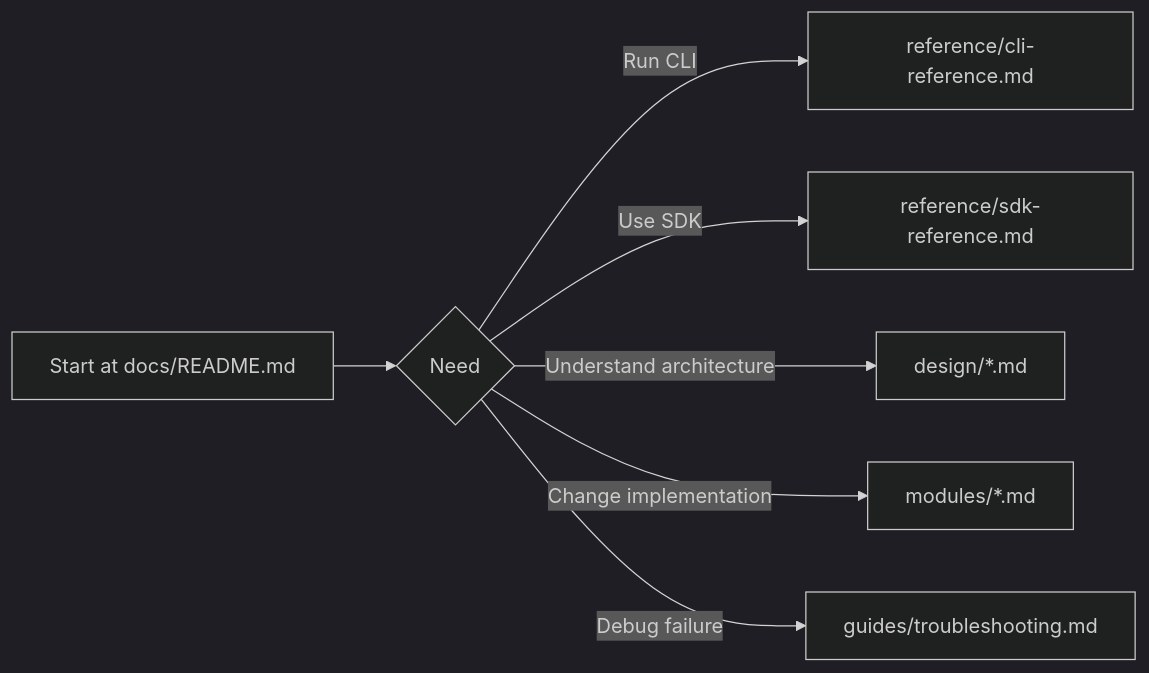
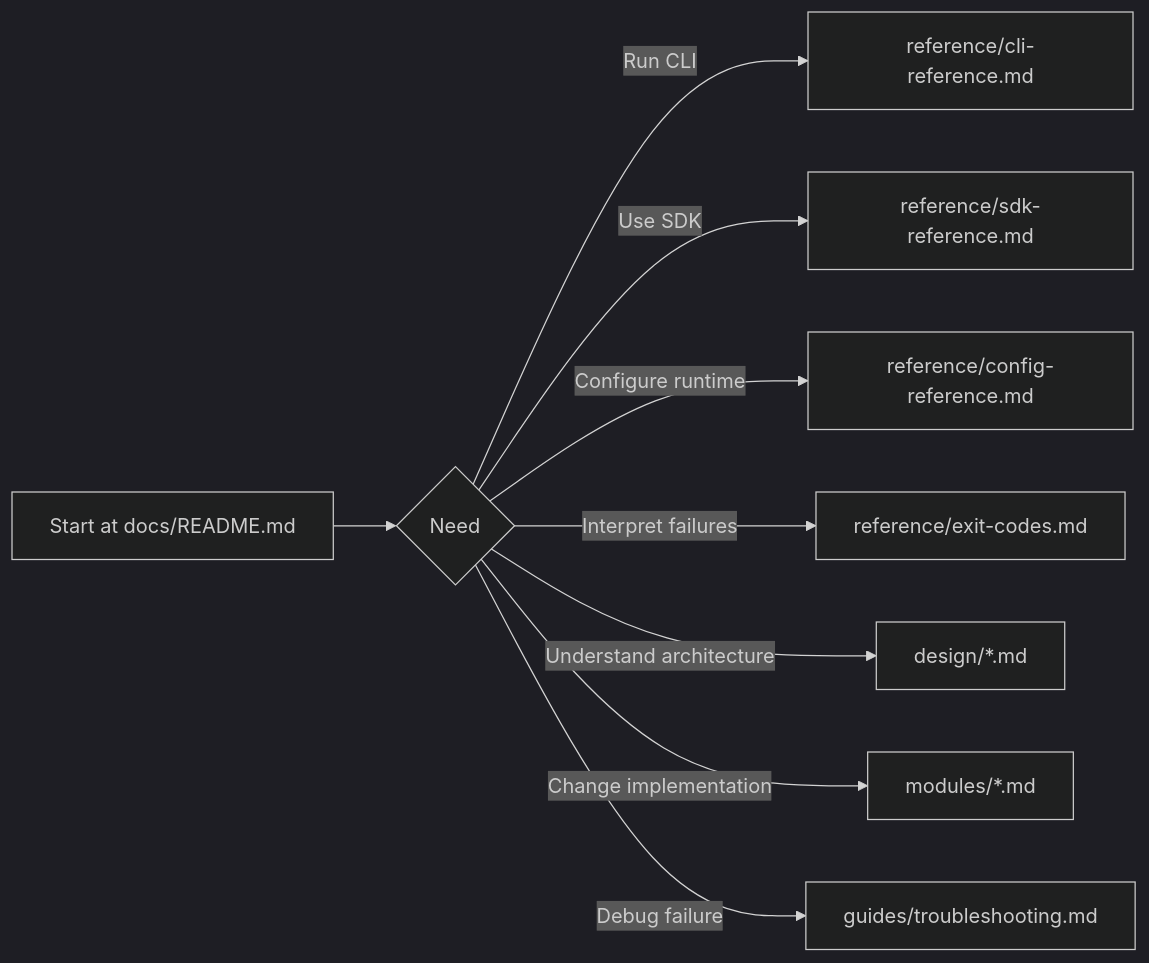
One commit to aryeko/planpilot changed the diagram in docs/README.md. Above: the diagram before and after it, drawn with Mermaid (dark theme). The commit also changed other lines of this file and 19 other files, not shown here.

Commit message:
docs: execute full docs architecture and reference overhaul

````diff
--- a/docs/README.md
+++ b/docs/README.md
@@ -29,9 +31,11 @@
 ```mermaid
 flowchart LR
     A[Start at docs/README.md] --> B{Need}
     B -->|Run CLI| C[reference/cli-reference.md]
     B -->|Use SDK| D[reference/sdk-reference.md]
+    B -->|Configure runtime| H[reference/config-reference.md]
+    B -->|Interpret failures| I[reference/exit-codes.md]
     B -->|Understand architecture| E[design/*.md]
     B -->|Change implementation| F[modules/*.md]
     B -->|Debug failure| G[guides/troubleshooting.md]
 ```
````
